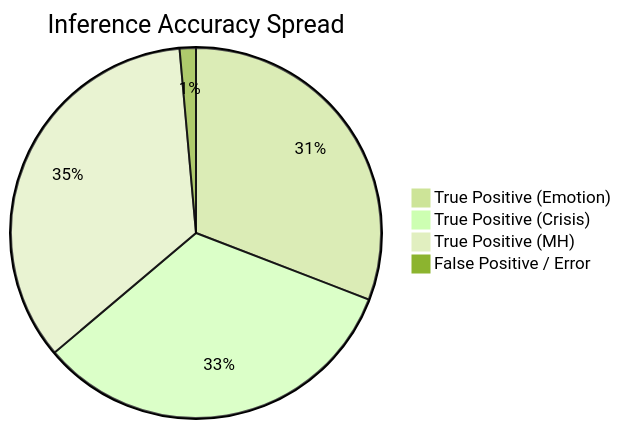
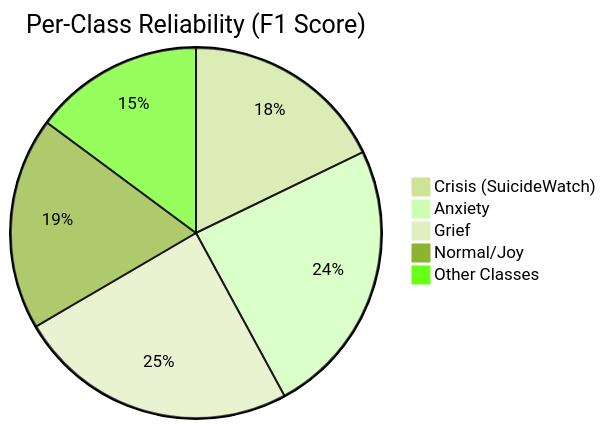
One commit to khizardev123/fyp-mental-health changed the tenth of 15 diagrams in README.md. Above: the diagram before and after it, drawn with Mermaid (forest theme). The commit also changed other lines of this file, not shown here.

Commit message:
Update README with 15 comprehensive flow diagrams (Unified v4 architecture)

````diff
--- a/README.md
+++ b/README.md
@@ -157,7 +170,8 @@
 ```mermaid
-pie title Inference Accuracy Spread
-    "True Positive (Emotion)" : 87
-    "True Positive (Crisis)" : 93
-    "True Positive (MH)" : 98
-    "False Positive / Error" : 4
+pie title Per-Class Reliability (F1 Score)
+    "Crisis (SuicideWatch)" : 72
+    "Anxiety" : 98
+    "Grief" : 99
+    "Normal/Joy" : 75
+    "Other Classes" : 60
 ```
````
